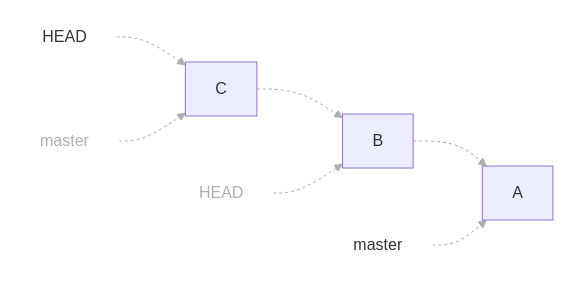
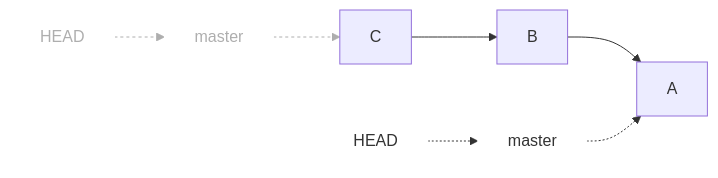
The fourth of 11 diagrams in docs/commits.md (hpc2n/course-intro-git), drawn with Mermaid before and after one commit.

Commit message:
Making it easier to read

````diff
--- a/docs/commits.md
+++ b/docs/commits.md
@@ -465,21 +465,22 @@
 ```mermaid
 graph LR
   A["A"]
   B["B"]
   C["C"]
   master["master"]
   style master fill:#ffffff,stroke:#ffffff
   head["HEAD"]
   style head fill:#ffffff,stroke:#ffffff
   old_head["HEAD"]
   style old_head fill:#ffffff,stroke:#ffffff,color:#aeaeae
   old_master["master"]
   style old_master fill:#ffffff,stroke:#ffffff,color:#aeaeae 
   B --> A
   C --> B
   master -.-> A
-  head -.-> C
-  old_head -.-> B
-  linkStyle default stroke:#aeaeae,stroke-width:1px,stroke-dasharray:3;
+  head -.-> master
+  old_head -.-> old_master
+  linkStyle 4 stroke:#aeaeae,stroke-width:1px,stroke-dasharray:3;
   old_master -.-> C
+  linkStyle 5 stroke:#aeaeae,stroke-width:1px,stroke-dasharray:3;
 ```
````
